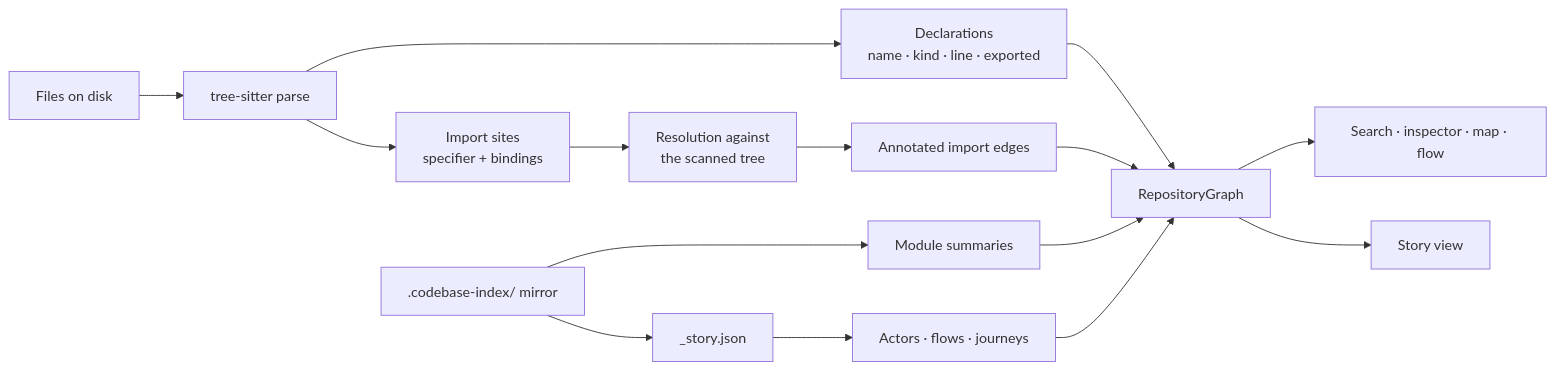
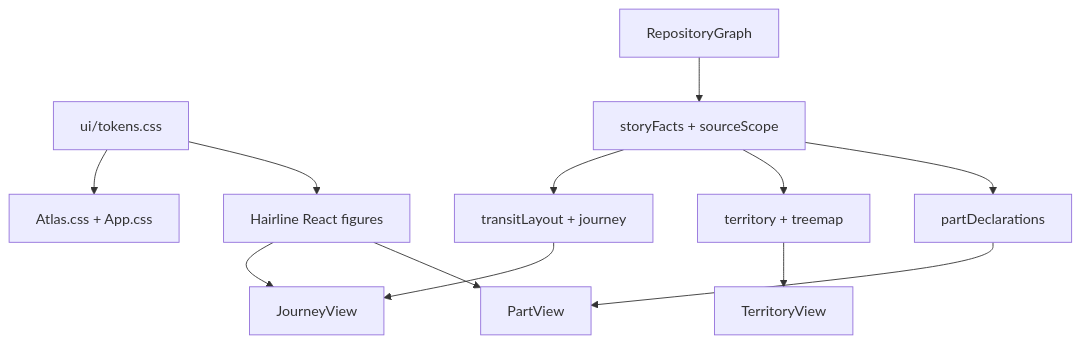
One commit to Volpestyle/codebase-atlas changed the second of 2 diagrams in README.md. Above: the diagram before and after it, drawn with Mermaid. The commit also changed other lines of this file and 43 other files, not shown here.

````diff
--- a/README.md
+++ b/README.md
@@ -76,17 +49,14 @@
 ```mermaid
-flowchart LR
-  F[Files on disk] --> P[tree-sitter parse]
-  P --> S[Declarations<br/>name · kind · line · exported]
-  P --> I[Import sites<br/>specifier + bindings]
-  I --> R[Resolution against<br/>the scanned tree]
-  R --> E[Annotated import edges]
-  M[".codebase-index/ mirror"] --> D[Module summaries]
-  M --> N["_story.json"]
-  N --> Y[Actors · flows · journeys]
-  S --> G[RepositoryGraph]
-  E --> G
-  D --> G
-  Y --> G
-  G --> Q[Search · inspector · map · flow]
-  G --> Z[Story view]
+flowchart TD
+  Tokens[ui/tokens.css] --> Shell[Atlas.css + App.css]
+  Tokens --> Figures[Hairline React figures]
+  Graph[RepositoryGraph] --> Facts[storyFacts + sourceScope]
+  Facts --> Transit[transitLayout + journey]
+  Facts --> Coverage[territory + treemap]
+  Facts --> Declarations[partDeclarations]
+  Transit --> Journey[JourneyView]
+  Coverage --> Territory[TerritoryView]
+  Declarations --> Part[PartView]
+  Figures --> Journey
+  Figures --> Part
 ```
````
